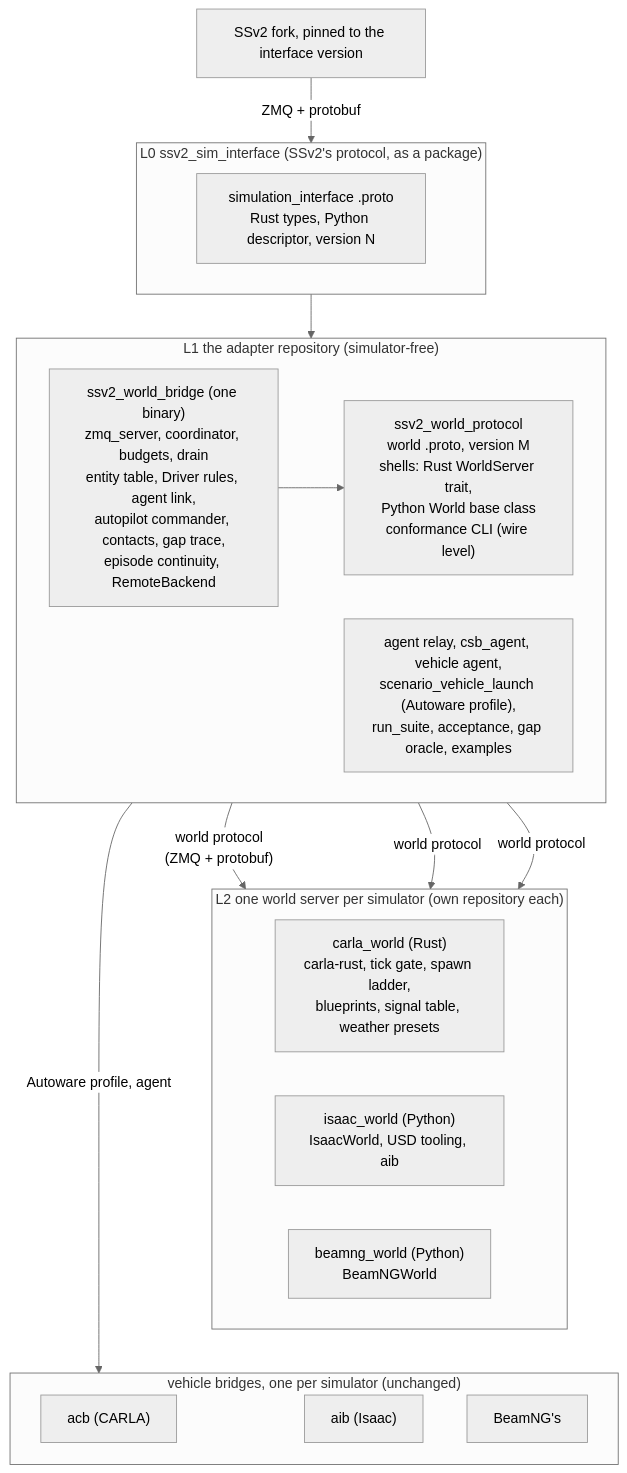
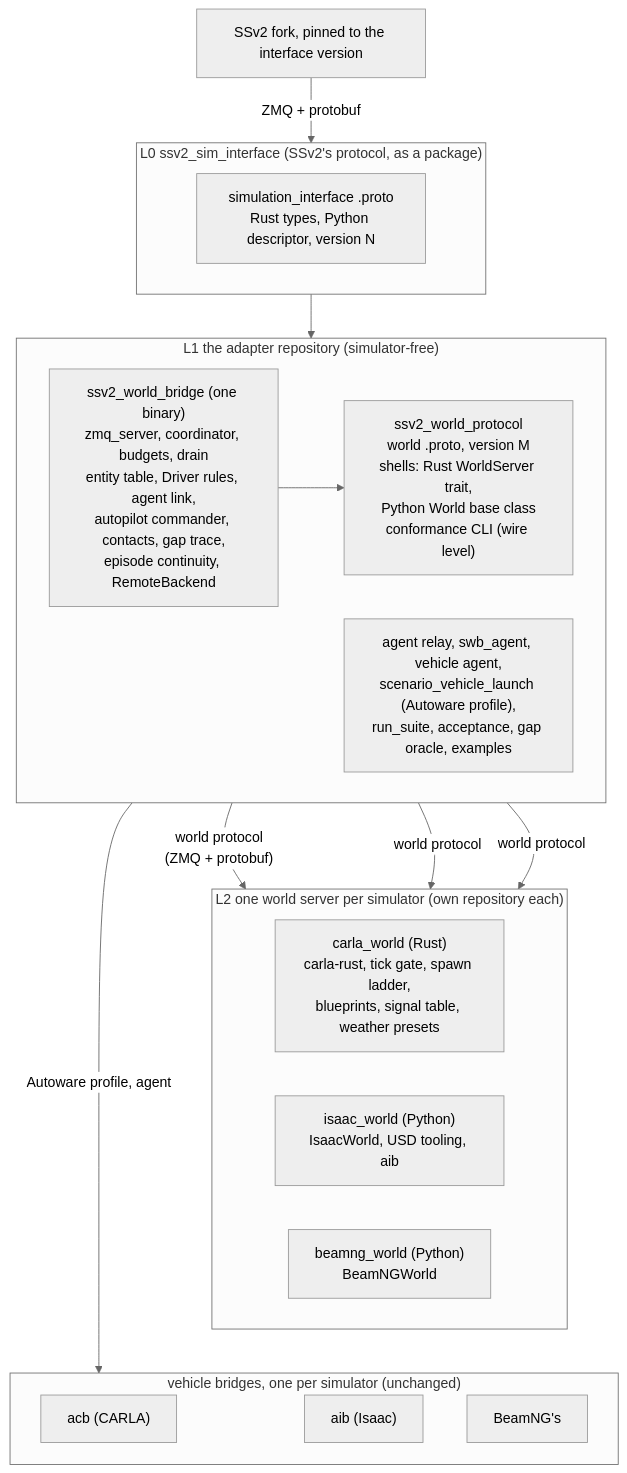
Before and after one commit to NEWSLabNTU/carla-scenario-bridge: the second of 4 diagrams in docs/design/simulator-interface-split.md, drawn with Mermaid (neutral theme). The commit also changed other lines of this file and 442 other files, not shown here.

First line of the commit message:
refactor(046)!: rename carla-scenario-bridge to scenario-world-bridge (swb)

````diff
--- a/docs/design/simulator-interface-split.md
+++ b/docs/design/simulator-interface-split.md
@@ -280,34 +280,34 @@
 ```mermaid
 flowchart TB
     SSv2["SSv2 fork, pinned to the interface version"]
     subgraph L0["L0  ssv2_sim_interface  (SSv2's protocol, as a package)"]
         proto["simulation_interface .proto<br/>Rust types, Python descriptor, version N"]
     end
     subgraph L1["L1  the adapter repository (simulator-free)"]
         direction LR
         bridge["ssv2_world_bridge (one binary)<br/>zmq_server, coordinator, budgets, drain<br/>entity table, Driver rules, agent link,<br/>autopilot commander, contacts, gap trace,<br/>episode continuity, RemoteBackend"]
         wp["ssv2_world_protocol<br/>world .proto, version M<br/>shells: Rust WorldServer trait,<br/>Python World base class<br/>conformance CLI (wire level)"]
-        side["agent relay, csb_agent, vehicle agent,<br/>scenario_vehicle_launch (Autoware profile),<br/>run_suite, acceptance, gap oracle, examples"]
+        side["agent relay, swb_agent, vehicle agent,<br/>scenario_vehicle_launch (Autoware profile),<br/>run_suite, acceptance, gap oracle, examples"]
         bridge --> wp
     end
     subgraph L2["L2  one world server per simulator (own repository each)"]
         direction LR
         cw["carla_world (Rust)<br/>carla-rust, tick gate, spawn ladder,<br/>blueprints, signal table, weather presets"]
         iw["isaac_world (Python)<br/>IsaacWorld, USD tooling, aib"]
         xw["beamng_world (Python)<br/>BeamNGWorld"]
     end
     SSv2 -- "ZMQ + protobuf" --> L0
     L0 --> bridge
     wp -- "world protocol<br/>(ZMQ + protobuf)" --> cw
     wp -- "world protocol" --> iw
     wp -- "world protocol" --> xw
     subgraph VB["vehicle bridges, one per simulator (unchanged)"]
         acb["acb (CARLA)"]
         aib["aib (Isaac)"]
         vbx["BeamNG's"]
     end
     cw ~~~ acb
     iw ~~~ aib
     xw ~~~ vbx
     side -- "Autoware profile, agent" --> VB
 ```
````
